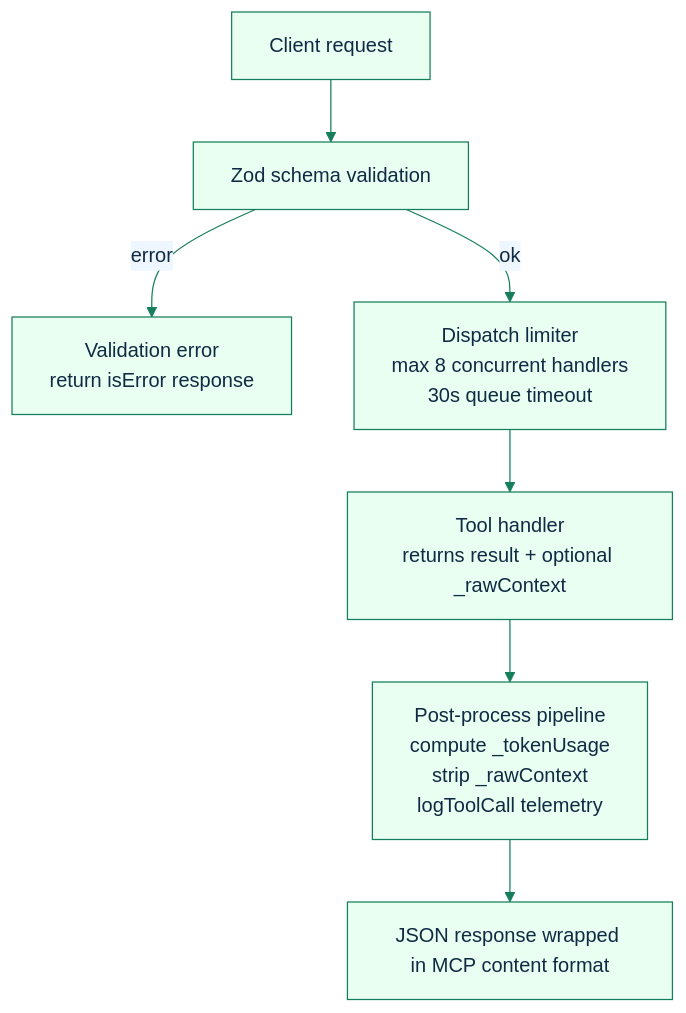
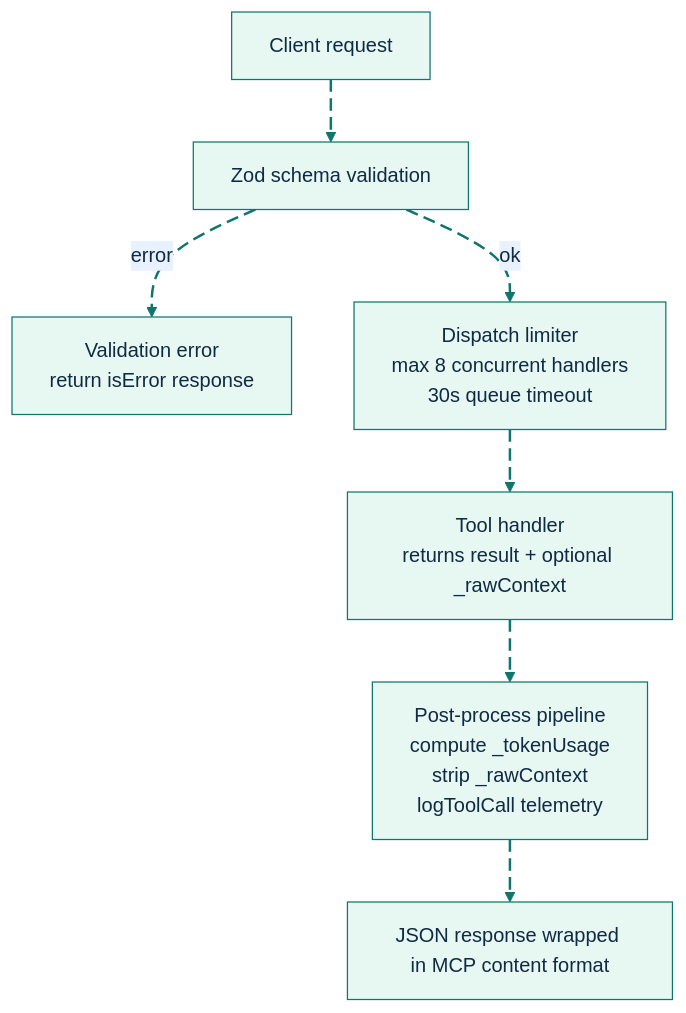
Before and after one commit to GlitterKill/sdl-mcp: the second of 14 diagrams in docs/architecture.md, drawn with Mermaid. The commit also changed other lines of this file and 33 other files, not shown here.

First line of the commit message:
docs: update mermaid diagram themes and styling across documentation

````diff
--- a/docs/architecture.md
+++ b/docs/architecture.md
@@ -100,15 +109,27 @@
 ```mermaid
-%%{init: {"theme":"base","themeVariables":{"primaryColor":"#e8fff1","primaryBorderColor":"#157f5b","primaryTextColor":"#102a43","secondaryColor":"#eef6ff","secondaryBorderColor":"#2563eb","tertiaryColor":"#fff4d6","tertiaryBorderColor":"#b45309","lineColor":"#157f5b","fontFamily":"Trebuchet MS, Arial"},"flowchart":{"curve":"basis"}}}%%
+%%{init: {"theme":"base","themeVariables":{"background":"#ffffff","primaryColor":"#E7F8F2","primaryBorderColor":"#0F766E","primaryTextColor":"#102A43","secondaryColor":"#E8F1FF","secondaryBorderColor":"#2563EB","secondaryTextColor":"#102A43","tertiaryColor":"#FFF4D6","tertiaryBorderColor":"#B45309","tertiaryTextColor":"#102A43","lineColor":"#0F766E","textColor":"#102A43","fontFamily":"Inter, ui-sans-serif, system-ui, -apple-system, BlinkMacSystemFont, Segoe UI, sans-serif"},"flowchart":{"curve":"basis","htmlLabels":true}}}%%
 flowchart TD
     Request["Client request"]
     Validate["Zod schema validation"]
     Error["Validation error<br/>return isError response"]
     Limit["Dispatch limiter<br/>max 8 concurrent handlers<br/>30s queue timeout"]
     Handler["Tool handler<br/>returns result + optional _rawContext"]
     Post["Post-process pipeline<br/>compute _tokenUsage<br/>strip _rawContext<br/>logToolCall telemetry"]
     Response["JSON response wrapped in MCP content format"]
 
-    Request --> Validate
-    Validate -->|ok| Limit --> Handler --> Post --> Response
-    Validate -->|error| Error
+    Request e1@--> Validate
+    Validate e2@-->|ok| Limit
+    Limit e4@--> Handler
+    Handler e5@--> Post
+    Post e6@--> Response
+    Validate e3@-->|error| Error
+
+    classDef source fill:#E7F8F2,stroke:#0F766E,stroke-width:2px,color:#102A43;
+    classDef process fill:#E8F1FF,stroke:#2563EB,stroke-width:2px,color:#102A43;
+    classDef decision fill:#FFF4D6,stroke:#B45309,stroke-width:2px,color:#102A43;
+    classDef storage fill:#F2E8FF,stroke:#7C3AED,stroke-width:2px,color:#102A43;
+    classDef output fill:#FFE8EF,stroke:#BE123C,stroke-width:2px,color:#102A43;
+    classDef muted fill:#F8FAFC,stroke:#64748B,stroke-width:1px,color:#102A43;
+    classDef animate stroke:#0F766E,stroke-width:2px,stroke-dasharray:10\,5,stroke-dashoffset:900,animation:dash 22s linear infinite;
+    class e1,e2,e3,e4,e5,e6 animate;
 ```
````
